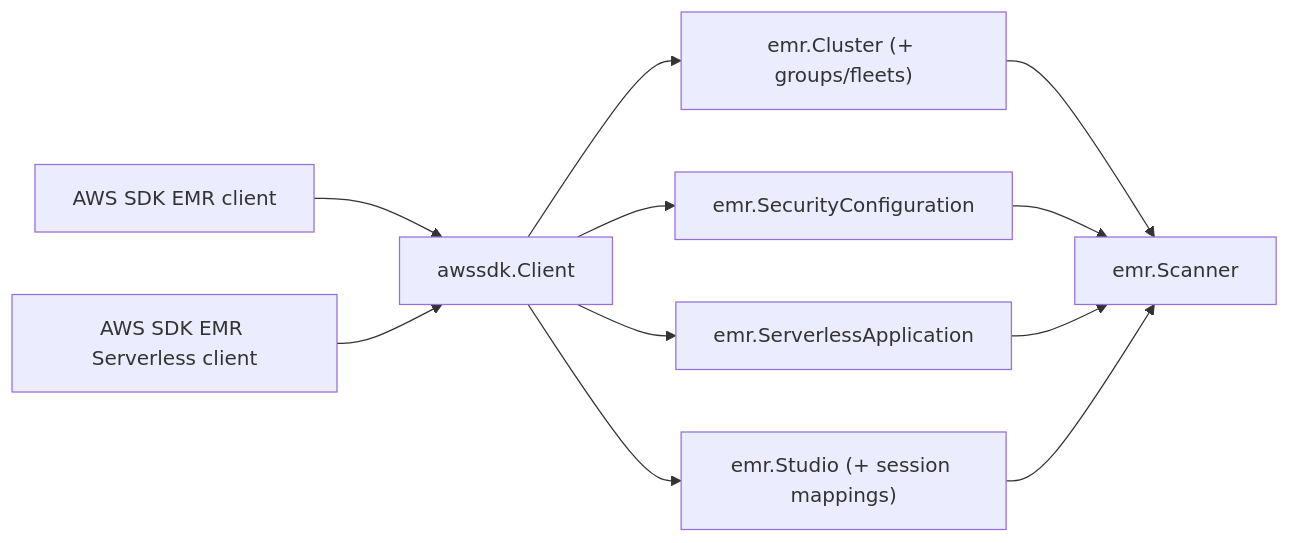
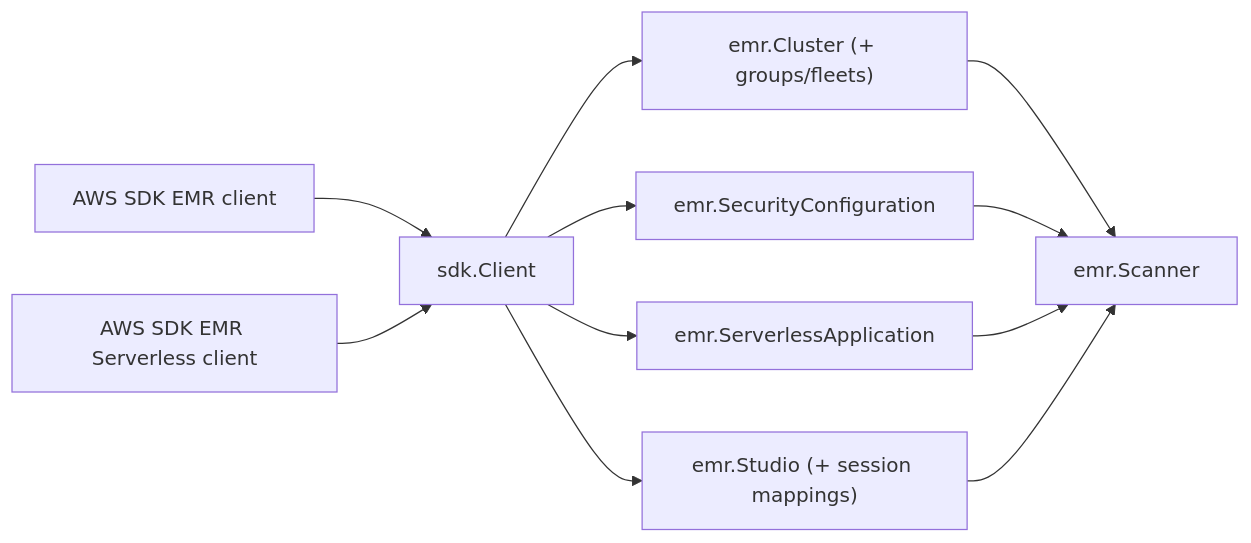
One commit to eshu-hq/eshu changed the diagram in go/internal/collector/cloud/aws/service/emr/sdk/README.md. Above: the diagram before and after it, drawn with Mermaid. The commit also changed other lines of this file and 2862 other files, not shown here.

````diff
--- a/go/internal/collector/cloud/aws/service/emr/sdk/README.md
+++ b/go/internal/collector/cloud/aws/service/emr/sdk/README.md
@@ -20,13 +20,13 @@
 ```mermaid
 flowchart LR
-  A["AWS SDK EMR client"] --> B["awssdk.Client"]
+  A["AWS SDK EMR client"] --> B["sdk.Client"]
   C["AWS SDK EMR Serverless client"] --> B
   B --> D["emr.Cluster (+ groups/fleets)"]
   B --> E["emr.SecurityConfiguration"]
   B --> F["emr.ServerlessApplication"]
   B --> G["emr.Studio (+ session mappings)"]
   D --> H["emr.Scanner"]
   E --> H
   F --> H
   G --> H
 ```
````
